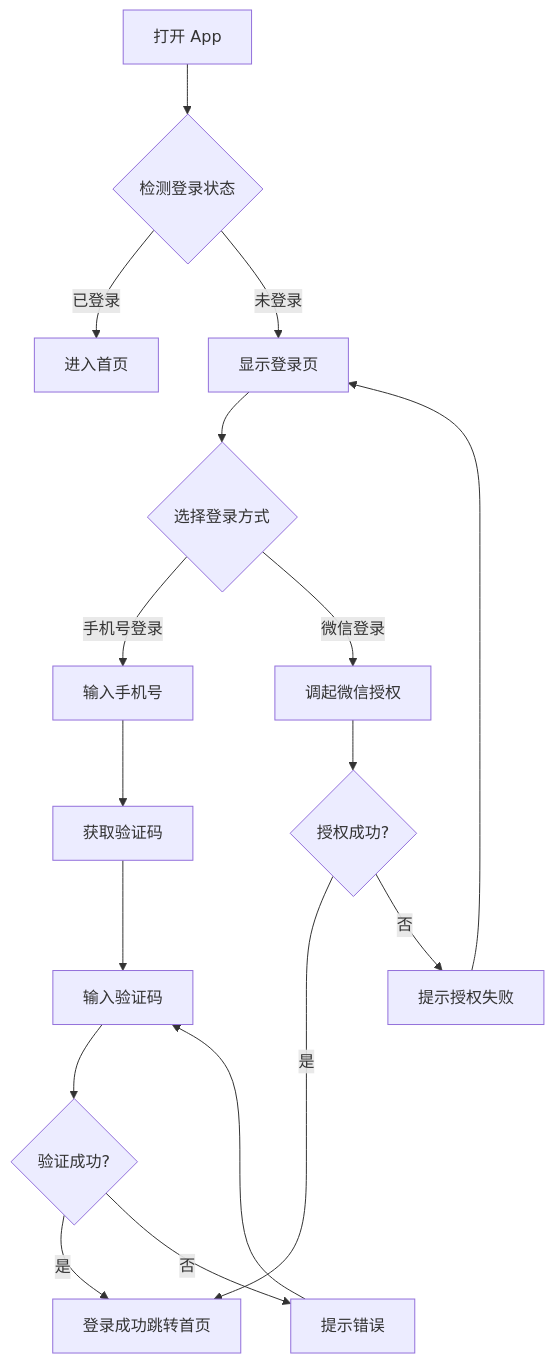
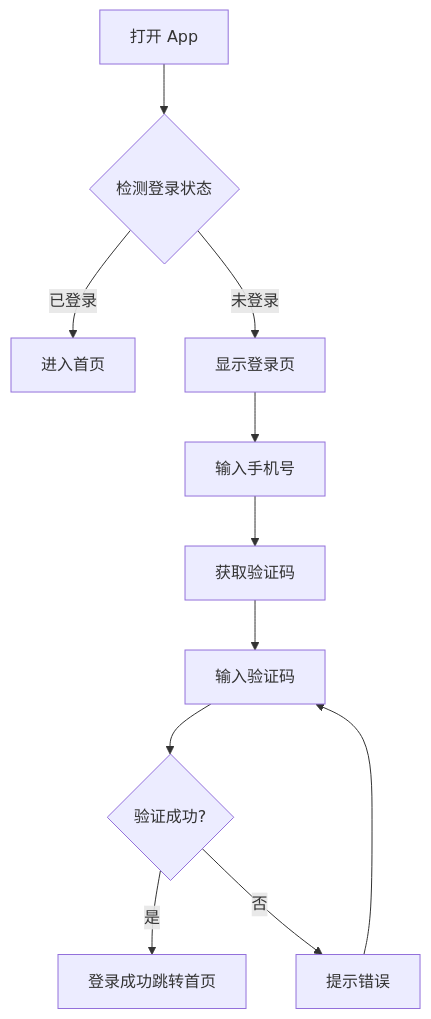
The fourth of 8 diagrams in docs/错题集 PRD_V1.0.md (lw-byte/TopScoreErrorNotebook), drawn with Mermaid before and after one commit. The commit also changed other lines of this file, not shown here.

````diff
--- a/docs/错题集 PRD_V1.0.md
+++ b/docs/错题集 PRD_V1.0.md
@@ -341,19 +348,13 @@
 ```mermaid
 flowchart TD
     A[打开 App] --> B{检测登录状态}
     B -->|已登录| C[进入首页]
     B -->|未登录| D[显示登录页]
-    D --> E{选择登录方式}
-    E -->|手机号登录| F[输入手机号]
-    F --> G[获取验证码]
-    G --> H[输入验证码]
-    H --> I{验证成功?}
-    I -->|是| J[登录成功跳转首页]
-    I -->|否| K[提示错误]
-    K --> H
-    E -->|微信登录| L[调起微信授权]
-    L --> M{授权成功?}
-    M -->|是| J
-    M -->|否| N[提示授权失败]
-    N --> D
+    D --> E[输入手机号]
+    E --> F[获取验证码]
+    F --> G[输入验证码]
+    G --> H{验证成功?}
+    H -->|是| I[登录成功跳转首页]
+    H -->|否| J[提示错误]
+    J --> G
 ```
````
